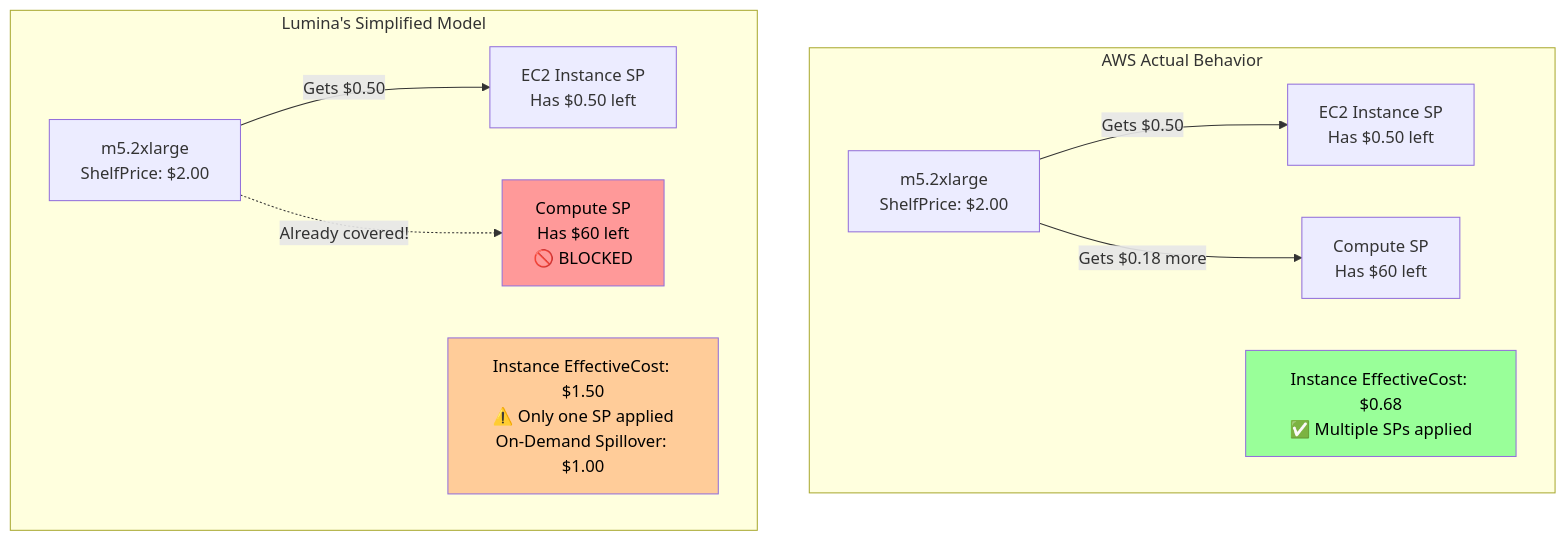
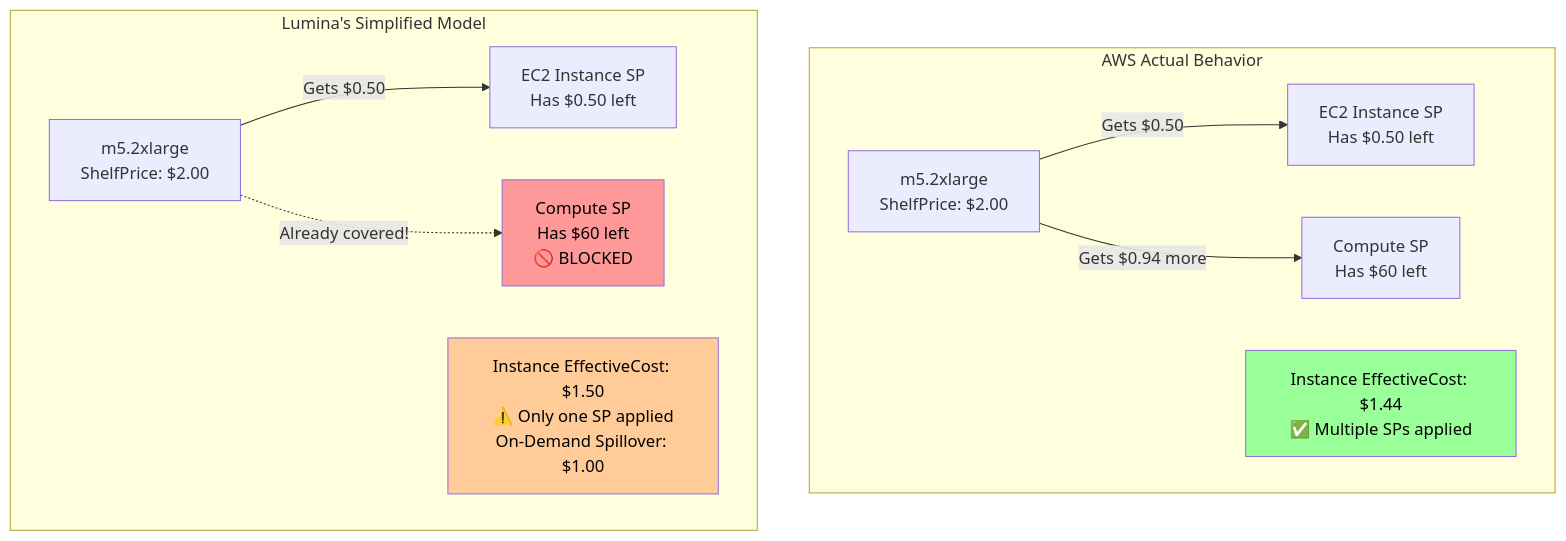
The seventh of 9 diagrams in ALGORITHM.md (Nextdoor/lumina), drawn with Mermaid before and after one commit. The commit also changed other lines of this file and 24 other files, not shown here.

````diff
--- a/ALGORITHM.md
+++ b/ALGORITHM.md
@@ -499,27 +499,27 @@
 ```mermaid
 graph TB
     subgraph "AWS Actual Behavior"
         Instance1[m5.2xlarge<br/>ShelfPrice: $2.00]
         EC2SP1[EC2 Instance SP<br/>Has $0.50 left]
         ComputeSP1[Compute SP<br/>Has $60 left]
 
         Instance1 -->|Gets $0.50| EC2SP1
-        Instance1 -->|Gets $0.18 more| ComputeSP1
-        Result1[Instance EffectiveCost: $0.68<br/>✅ Multiple SPs applied]
+        Instance1 -->|Gets $0.94 more| ComputeSP1
+        Result1[Instance EffectiveCost: $1.44<br/>✅ Multiple SPs applied]
 
         style Result1 fill:#99ff99,color:#000
     end
 
     subgraph "Lumina's Simplified Model"
         Instance2[m5.2xlarge<br/>ShelfPrice: $2.00]
         EC2SP2[EC2 Instance SP<br/>Has $0.50 left]
         ComputeSP2[Compute SP<br/>Has $60 left<br/>🚫 BLOCKED]
 
         Instance2 -->|Gets $0.50| EC2SP2
         Instance2 -.->|Already covered!| ComputeSP2
         Result2[Instance EffectiveCost: $1.50<br/>⚠️ Only one SP applied<br/>On-Demand Spillover: $1.00]
 
         style Result2 fill:#ffcc99,color:#000
         style ComputeSP2 fill:#ff9999,color:#000
     end
 ```
````
